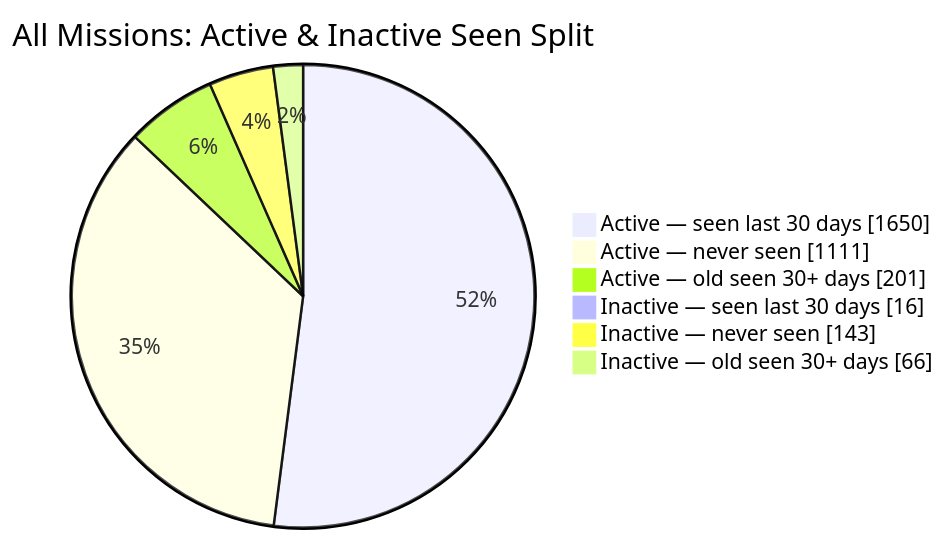
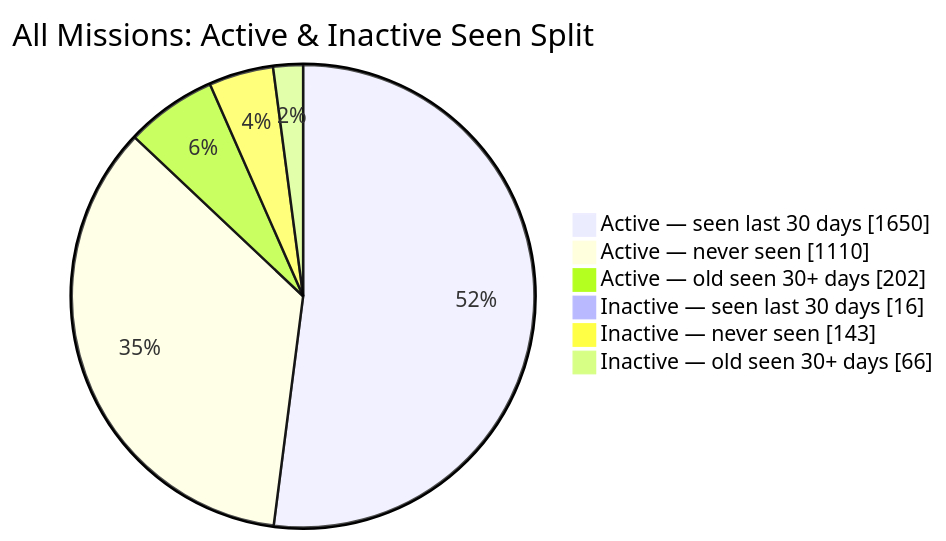
Before and after one commit to MeldkamerspelGameTeam/active-missions: the second of 2 diagrams in README.md, drawn with Mermaid. The commit also changed other lines of this file and 4 other files, not shown here.

````diff
--- a/README.md
+++ b/README.md
@@ -44,10 +44,10 @@
 ```mermaid
 pie showData
     title All Missions: Active & Inactive Seen Split
     "Active — seen last 30 days" : 1650
-    "Active — never seen" : 1111
-    "Active — old seen 30+ days" : 201
+    "Active — never seen" : 1110
+    "Active — old seen 30+ days" : 202
     "Inactive — seen last 30 days" : 16
     "Inactive — never seen" : 143
     "Inactive — old seen 30+ days" : 66
 ```
````
